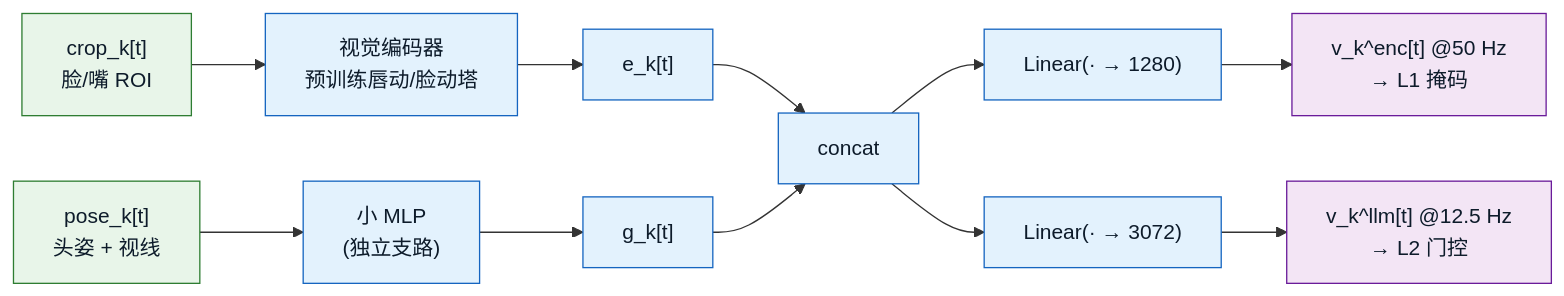
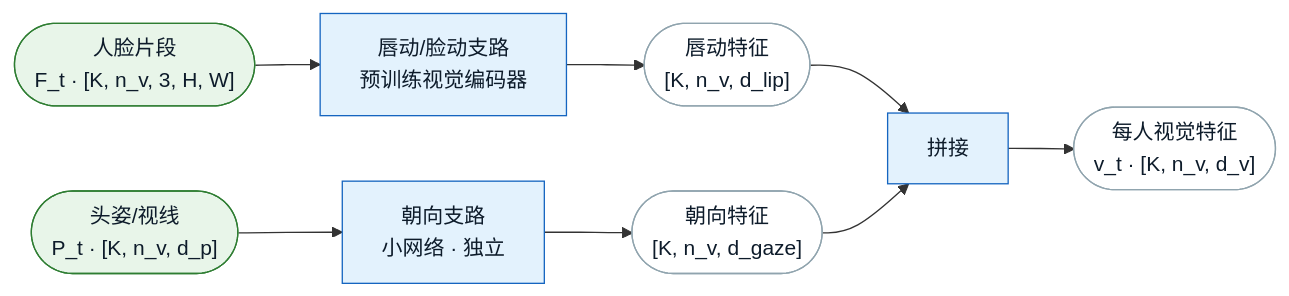
One commit to yutian929/SemanticVAD changed the third of 5 diagrams in AV-SemanticVAD/docs/plan/architecture.md. Above: the diagram before and after it, drawn with Mermaid. The commit also changed other lines of this file and 1 other file, not shown here.

````diff
--- a/AV-SemanticVAD/docs/plan/architecture.md
+++ b/AV-SemanticVAD/docs/plan/architecture.md
@@ -250,13 +276,12 @@
 ```mermaid
 flowchart LR
-    classDef inp  fill:#e8f5e9,stroke:#2e7d32,color:#0d1b2a;
-    classDef vis  fill:#e3f2fd,stroke:#1565c0,color:#0d1b2a;
-    classDef outp fill:#f3e5f5,stroke:#6a1b9a,color:#0d1b2a;
+    classDef inp fill:#e8f5e9,stroke:#2e7d32,color:#0d1b2a;
+    classDef mod fill:#e3f2fd,stroke:#1565c0,color:#0d1b2a;
+    classDef var fill:#ffffff,stroke:#90a4ae,color:#0d1b2a;
 
-    CROP["crop_k[t]<br/>脸/嘴 ROI"]:::inp --> ENC["视觉编码器<br/>预训练唇动/脸动塔"]:::vis --> E["e_k[t]"]:::vis
-    POSE["pose_k[t]<br/>头姿 + 视线"]:::inp --> MLP["小 MLP<br/>(独立支路)"]:::vis --> G["g_k[t]"]:::vis
-    E --> CAT["concat"]:::vis
-    G --> CAT
-    CAT --> PE["Linear(· → 1280)"]:::vis --> VE["v_k^enc[t] @50 Hz<br/>→ L1 掩码"]:::outp
-    CAT --> PL["Linear(· → 3072)"]:::vis --> VL["v_k^llm[t] @12.5 Hz<br/>→ L2 门控"]:::outp
+    F(["人脸片段<br/>F_t · [K, n_v, 3, H, W]"]):::inp --> LIP["唇动/脸动支路<br/>预训练视觉编码器"]:::mod --> VL(["唇动特征<br/>[K, n_v, d_lip]"]):::var
+    P(["头姿/视线<br/>P_t · [K, n_v, d_p]"]):::inp --> GZ["朝向支路<br/>小网络 · 独立"]:::mod --> VG(["朝向特征<br/>[K, n_v, d_gaze]"]):::var
+    VL --> CAT["拼接"]:::mod
+    VG --> CAT
+    CAT --> V(["每人视觉特征<br/>v_t · [K, n_v, d_v]"]):::var
 ```
````
